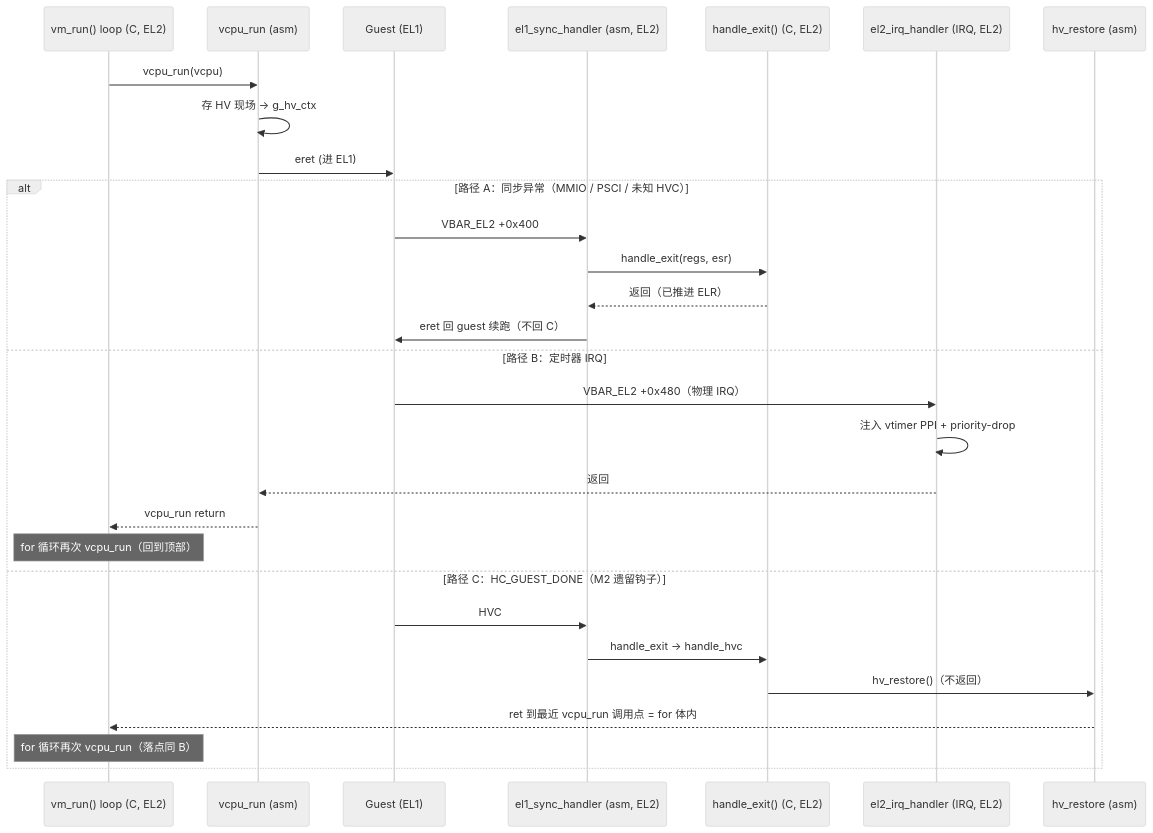
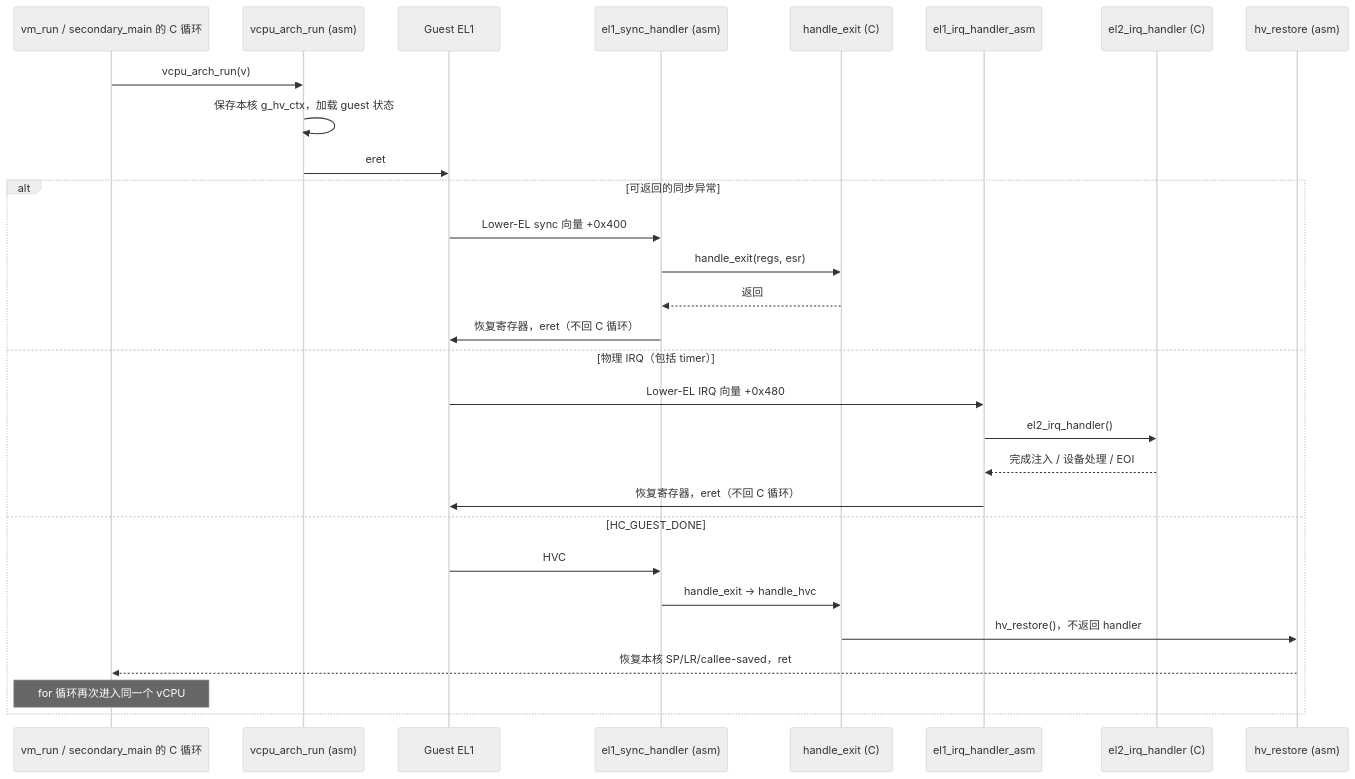
Before and after one commit to James7zy/hypervisor: the diagram in docs/reference/arm/vcpu-run-world-switch.md, drawn with Mermaid (neutral theme). The commit also changed other lines of this file and 14 other files, not shown here.

First line of the commit message:
[docs][docs] architecture: Refresh guidance after boundary extraction

````diff
--- a/docs/reference/arm/vcpu-run-world-switch.md
+++ b/docs/reference/arm/vcpu-run-world-switch.md
@@ -134,33 +98,31 @@
 ```mermaid
 sequenceDiagram
-    participant C as vm_run() loop (C, EL2)
-    participant R as vcpu_run (asm)
-    participant G as Guest (EL1)
-    participant H as el1_sync_handler (asm, EL2)
-    participant E as handle_exit() (C, EL2)
-    participant I as el2_irq_handler (IRQ, EL2)
+    participant C as vm_run / secondary_main 的 C 循环
+    participant R as vcpu_arch_run (asm)
+    participant G as Guest EL1
+    participant S as el1_sync_handler (asm)
+    participant E as handle_exit (C)
+    participant I as el1_irq_handler_asm
+    participant Q as el2_irq_handler (C)
     participant V as hv_restore (asm)
-
-    C->>R: vcpu_run(vcpu)
-    R->>R: 存 HV 现场 → g_hv_ctx
-    R->>G: eret (进 EL1)
-
-    alt 路径 A：同步异常（MMIO / PSCI / 未知 HVC）
-        G->>H: VBAR_EL2 +0x400
-        H->>E: handle_exit(regs, esr)
-        E-->>H: 返回（已推进 ELR）
-        H->>G: eret 回 guest 续跑（不回 C）
-    else 路径 B：定时器 IRQ
-        G->>I: VBAR_EL2 +0x480（物理 IRQ）
-        I->>I: 注入 vtimer PPI + priority-drop
-        I-->>R: 返回
-        R-->>C: vcpu_run return
-        Note over C: for 循环再次 vcpu_run（回到顶部）
-    else 路径 C：HC_GUEST_DONE（M2 遗留钩子）
-        G->>H: HVC
-        H->>E: handle_exit → handle_hvc
-        E->>V: hv_restore()（不返回）
-        V-->>C: ret 到最近 vcpu_run 调用点 = for 体内
-        Note over C: for 循环再次 vcpu_run（落点同 B）
+    C->>R: vcpu_arch_run(v)
+    R->>R: 保存本核 g_hv_ctx，加载 guest 状态
+    R->>G: eret
+    alt 可返回的同步异常
+        G->>S: Lower-EL sync 向量 +0x400
+        S->>E: handle_exit(regs, esr)
+        E-->>S: 返回
+        S->>G: 恢复寄存器，eret（不回 C 循环）
+    else 物理 IRQ（包括 timer）
+        G->>I: Lower-EL IRQ 向量 +0x480
+        I->>Q: el2_irq_handler()
+        Q-->>I: 完成注入 / 设备处理 / EOI
+        I->>G: 恢复寄存器，eret（不回 C 循环）
+    else HC_GUEST_DONE
+        G->>S: HVC
+        S->>E: handle_exit → handle_hvc
+        E->>V: hv_restore()，不返回 handler
+        V-->>C: 恢复本核 SP/LR/callee-saved，ret
+        Note over C: for 循环再次进入同一个 vCPU
     end
 ```
````
